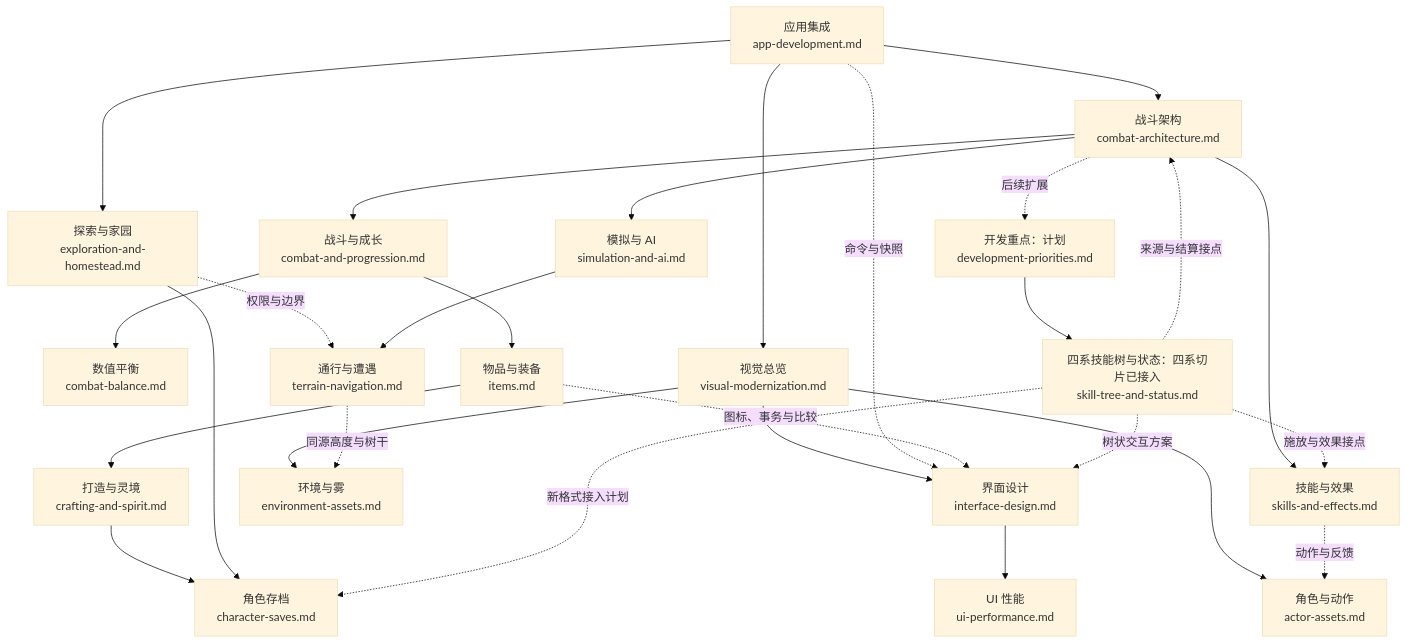
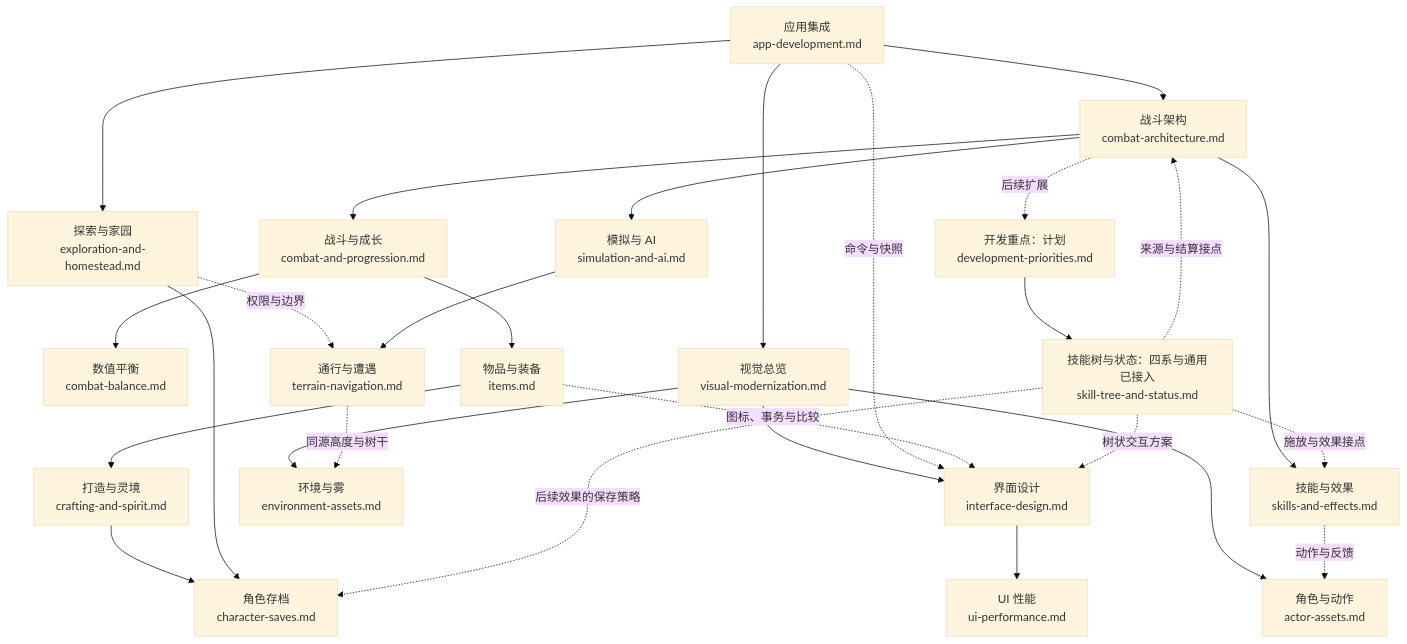
The second of 3 diagrams in docs/README.md (lanyik/lanyik), drawn with Mermaid (base theme) before and after one commit. The commit also changed other lines of this file and 26 other files, not shown here.

````diff
--- a/docs/README.md
+++ b/docs/README.md
@@ -116,30 +116,30 @@
 ```mermaid
 flowchart TB
     app["应用集成<br/>app-development.md"] --> combat["战斗架构<br/>combat-architecture.md"]
     combat --> ai["模拟与 AI<br/>simulation-and-ai.md"]
     combat --> loop["战斗与成长<br/>combat-and-progression.md"]
     combat --> skill["技能与效果<br/>skills-and-effects.md"]
     loop --> balance["数值平衡<br/>combat-balance.md"]
     loop --> item["物品与装备<br/>items.md"]
     item --> craft["打造与灵境<br/>crafting-and-spirit.md"]
     craft --> save["角色存档<br/>character-saves.md"]
     app --> explore["探索与家园<br/>exploration-and-homestead.md"]
     explore --> save
     explore -. 权限与边界 .-> terrain
     ai --> terrain["通行与遭遇<br/>terrain-navigation.md"]
     app --> visual["视觉总览<br/>visual-modernization.md"]
     visual --> actor["角色与动作<br/>actor-assets.md"]
     visual --> env["环境与雾<br/>environment-assets.md"]
     visual --> ui["界面设计<br/>interface-design.md"]
     app -. 命令与快照 .-> ui
     item -. 图标、事务与比较 .-> ui
     ui --> perf["UI 性能<br/>ui-performance.md"]
     combat -. 后续扩展 .-> plan["开发重点：计划<br/>development-priorities.md"]
-    plan --> tree["四系技能树与状态：四系切片已接入<br/>skill-tree-and-status.md"]
+    plan --> tree["技能树与状态：四系与通用已接入<br/>skill-tree-and-status.md"]
     tree -. 施放与效果接点 .-> skill
     tree -. 来源与结算接点 .-> combat
     tree -. 树状交互方案 .-> ui
-    tree -. 新格式接入计划 .-> save
+    tree -. 后续效果的保存策略 .-> save
     skill -. 动作与反馈 .-> actor
     terrain -. 同源高度与树干 .-> env
 ```
````
